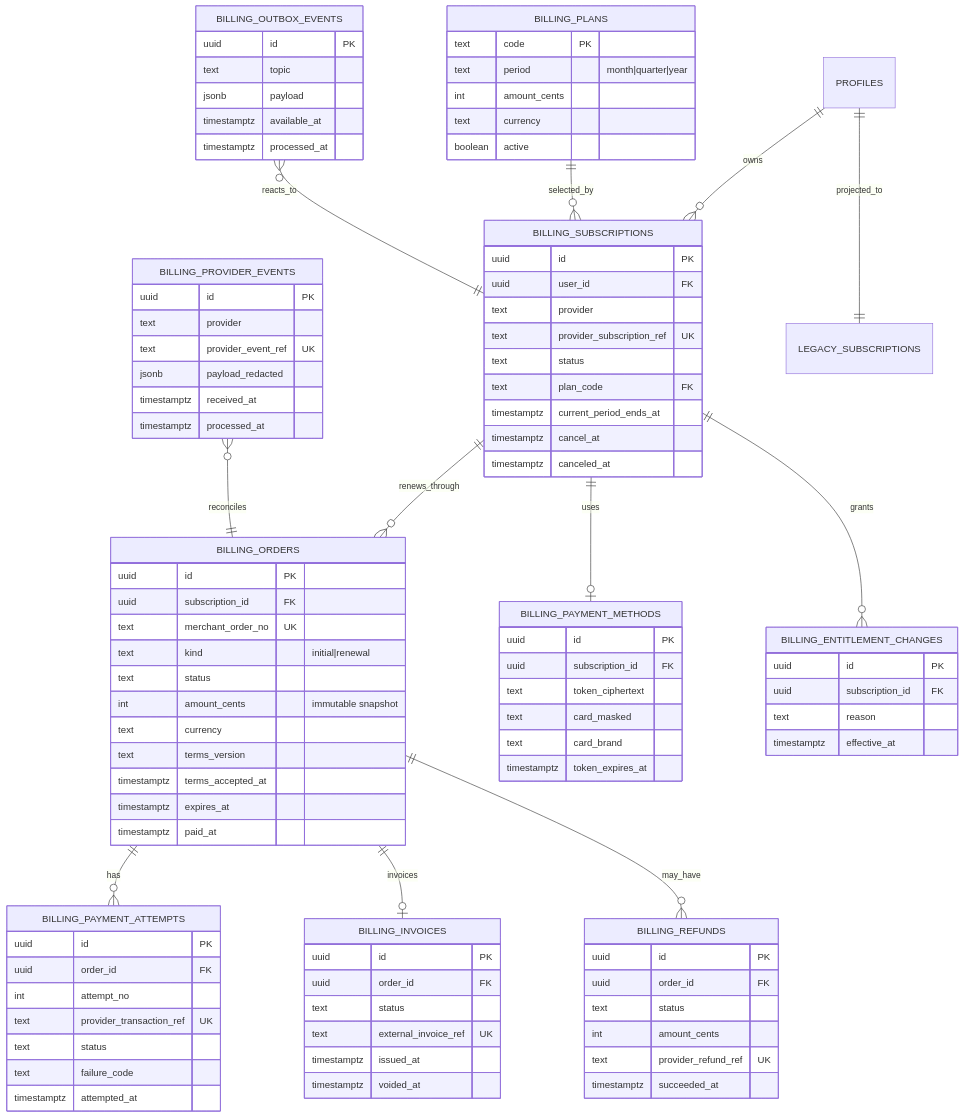
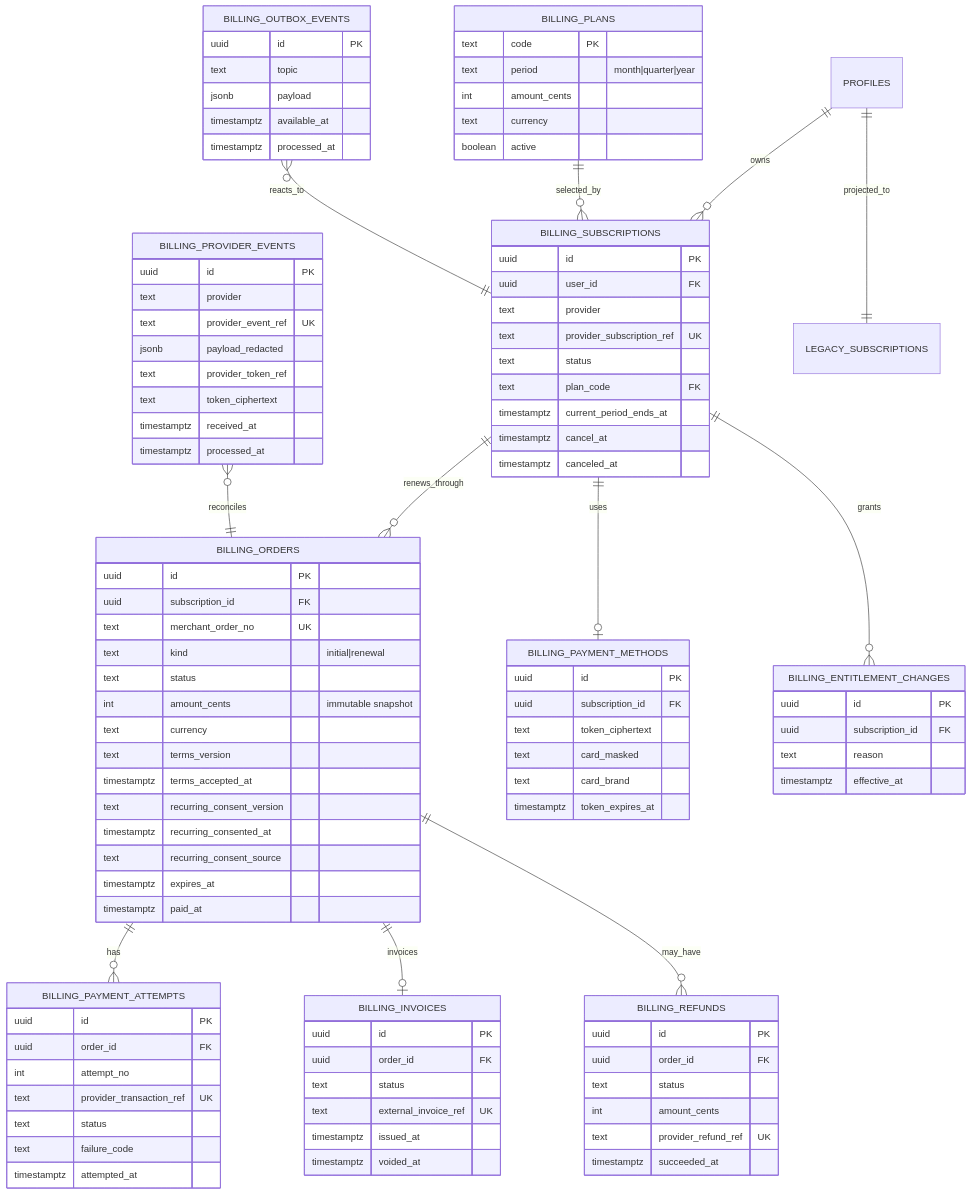
The second of 6 diagrams in docs/specs/payments/payuni-recurring-subscription.md (PSY-by-PSY/MindGym), drawn with Mermaid before and after one commit. The commit also changed other lines of this file and 18 other files, not shown here.

```diff
--- a/docs/specs/payments/payuni-recurring-subscription.md
+++ b/docs/specs/payments/payuni-recurring-subscription.md
@@ -127,6 +130,9 @@
     text currency
     text terms_version
     timestamptz terms_accepted_at
+    text recurring_consent_version
+    timestamptz recurring_consented_at
+    text recurring_consent_source
     timestamptz expires_at
     timestamptz paid_at
   }
@@ -160,6 +166,8 @@
     text provider
     text provider_event_ref UK
     jsonb payload_redacted
+    text provider_token_ref
+    text token_ciphertext
     timestamptz received_at
     timestamptz processed_at
   }
```
